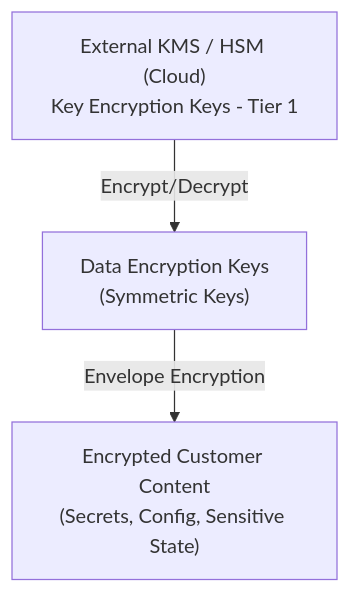
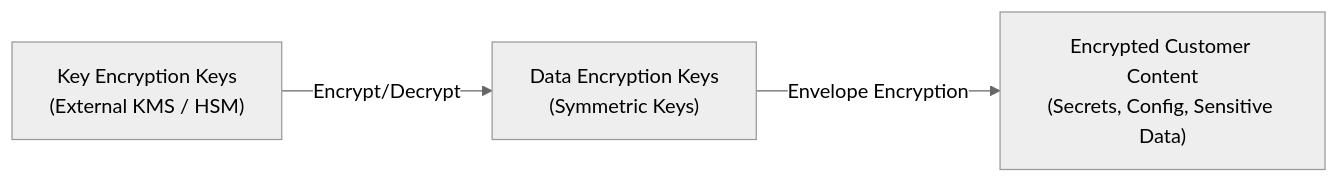
One commit to pulumi/docs changed the third of 3 diagrams in content/security/pulumi-cloud-security-whitepaper.md. Above: the diagram before and after it, drawn with Mermaid. The commit also changed other lines of this file and 3 other files, not shown here.

````diff
--- a/content/security/pulumi-cloud-security-whitepaper.md
+++ b/content/security/pulumi-cloud-security-whitepaper.md
@@ -189,9 +218,13 @@
 ```mermaid
-flowchart TD
-    KMS["External KMS / HSM (Cloud)<br>Key Encryption Keys - Tier 1"]
+---
+config:
+  theme: 'neutral'
+---
+flowchart LR
+    KMS["Key Encryption Keys<br>(External KMS / HSM)"]
     DEK["Data Encryption Keys<br>(Symmetric Keys)"]
-    ENC["Encrypted Customer Content<br>(Secrets, Config, Sensitive State)"]
+    ENC["Encrypted Customer Content<br>(Secrets, Config, Sensitive Data)"]
 
     KMS -->|Encrypt/Decrypt| DEK
     DEK -->|Envelope Encryption| ENC
 ```
````
